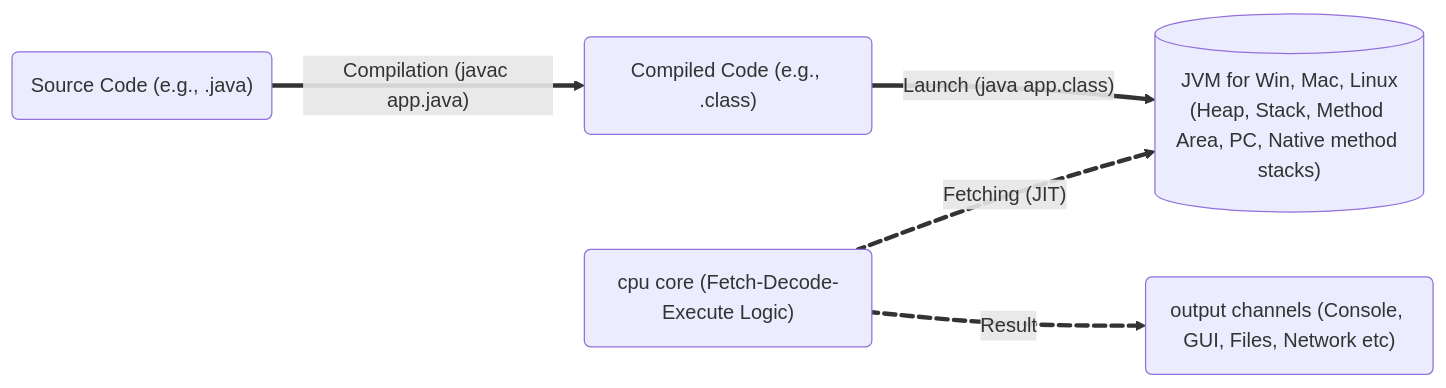
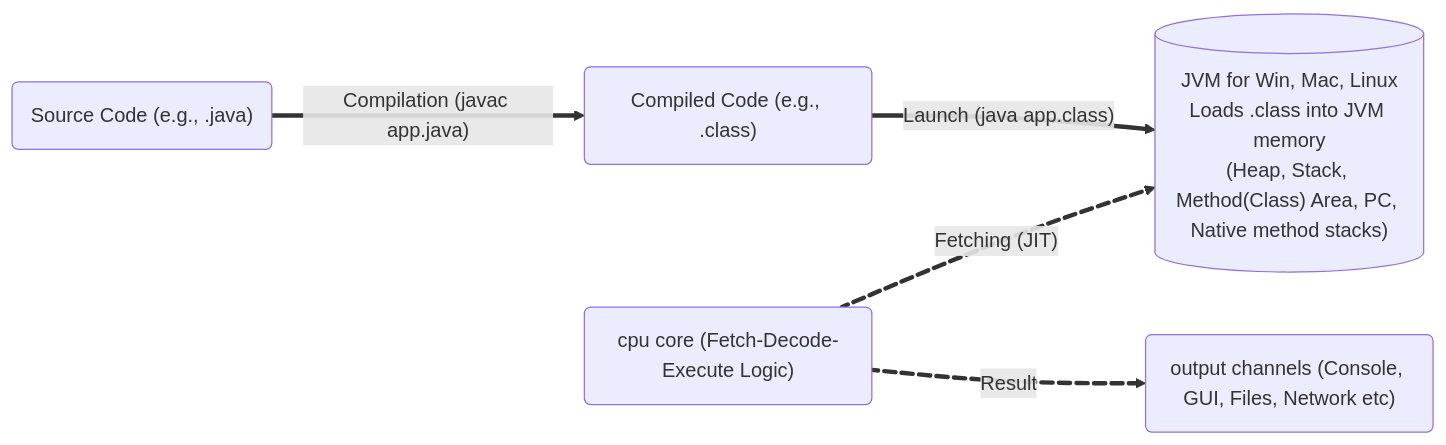
The first of 4 diagrams in PlatformIndependance.md (Saravana1992-java/java-tutorial), drawn with Mermaid before and after one commit. The commit also changed other lines of this file, not shown here.

Commit message:
Inside JVM - memory model explained

````diff
--- a/PlatformIndependance.md
+++ b/PlatformIndependance.md
@@ -23,22 +23,23 @@
 ```mermaid
 flowchart LR
     src("`Source Code (e.g., .java)`")
     byteCode("`Compiled Code (e.g., .class)`")
     memory[("` 
     JVM for Win, Mac, Linux
-    (Heap, Stack, Method Area, PC, Native method stacks)`")]
+    Loads .class into JVM memory
+    (Heap, Stack, Method(Class) Area, PC, Native method stacks)`")]
     cpu("`cpu core (Fetch-Decode-Execute Logic)`")
     output("`output channels (Console, GUI, Files, Network etc)`")
 
     src e1@ == Compilation (javac app.java) ==> byteCode
     byteCode e2@ == Launch (java app.class) ==> memory
     cpu e3@ == Fetching (JIT) ==> memory
     cpu e4@ == Result ==> output
 
     e1@{ animate: false }
     e2@{ animate: false }
     e3@{ animate: true }
     e4@{ animate: true }
 
 
 ```
````
